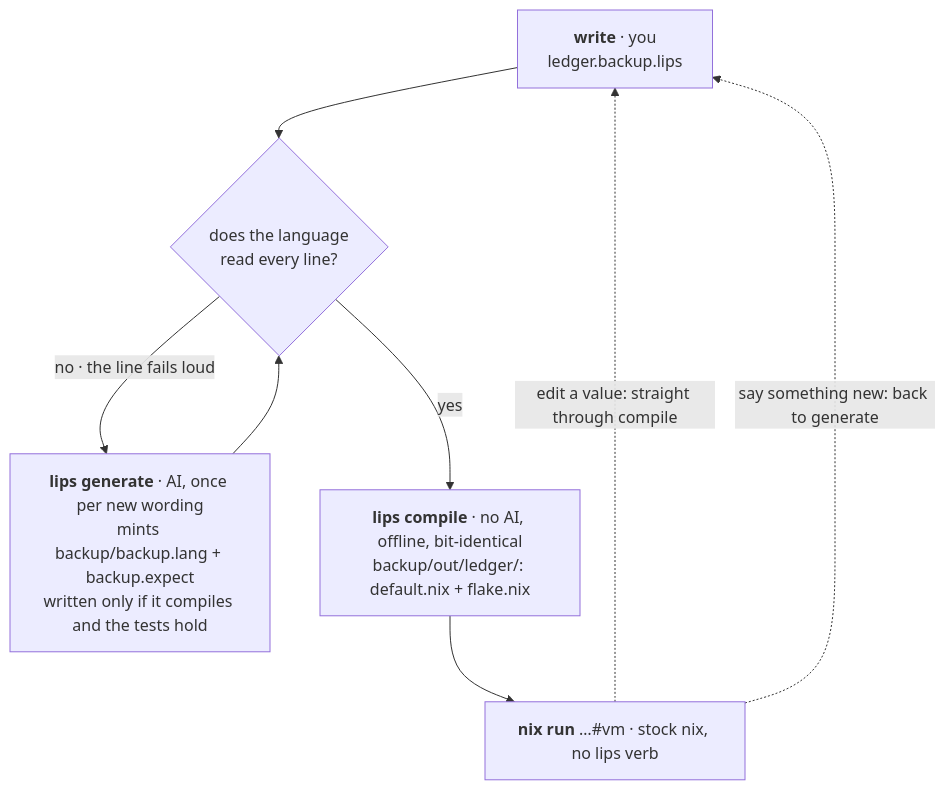
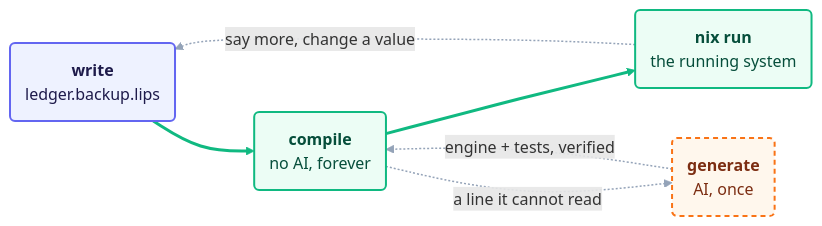
Before and after one commit to cornerman/lips: the diagram in README.md, drawn with Mermaid. The commit also changed other lines of this file and 3 other files, not shown here.

Commit message:
readme: simpler loop diagram, styled, with the way back spelled out

````diff
--- a/README.md
+++ b/README.md
@@ -103,16 +103,21 @@
 ```mermaid
-flowchart TD
-    W["<b>write</b> · you<br>ledger.backup.lips"]
-    Q{"does the language<br>read every line?"}
-    G["<b>lips generate</b> · AI, once per new wording<br>mints backup/backup.lang + backup.expect<br>written only if it compiles and the tests hold"]
-    C["<b>lips compile</b> · no AI, offline, bit-identical<br>backup/out/ledger/: default.nix + flake.nix"]
-    R["<b>nix run</b> …#vm · stock nix, no lips verb"]
+flowchart LR
+    W("<b>write</b><br>ledger.backup.lips")
+    C("<b>compile</b><br>no AI, forever")
+    R("<b>nix run</b><br>the running system")
+    G("<b>generate</b><br>AI, once")
 
-    W --> Q
-    Q -->|"no · the line fails loud"| G
-    G --> Q
-    Q -->|yes| C
-    C --> R
-    R -.->|"edit a value: straight through compile"| W
-    R -.->|"say something new: back to generate"| W
+    W ==> C ==> R
+    C -.->|"a line it cannot read"| G
+    G -.->|"engine + tests, verified"| C
+    R -.->|"say more, change a value"| W
+
+    classDef you fill:#eef2ff,stroke:#6366f1,stroke-width:2px,color:#1e1b4b
+    classDef det fill:#ecfdf5,stroke:#10b981,stroke-width:2px,color:#064e3b
+    classDef ai fill:#fff7ed,stroke:#f97316,stroke-width:2px,color:#7c2d12,stroke-dasharray:5 4
+    class W you
+    class C,R det
+    class G ai
+    linkStyle 0,1 stroke:#10b981,stroke-width:3px
+    linkStyle 2,3,4 stroke:#94a3b8,stroke-width:1.5px
 ```
````
